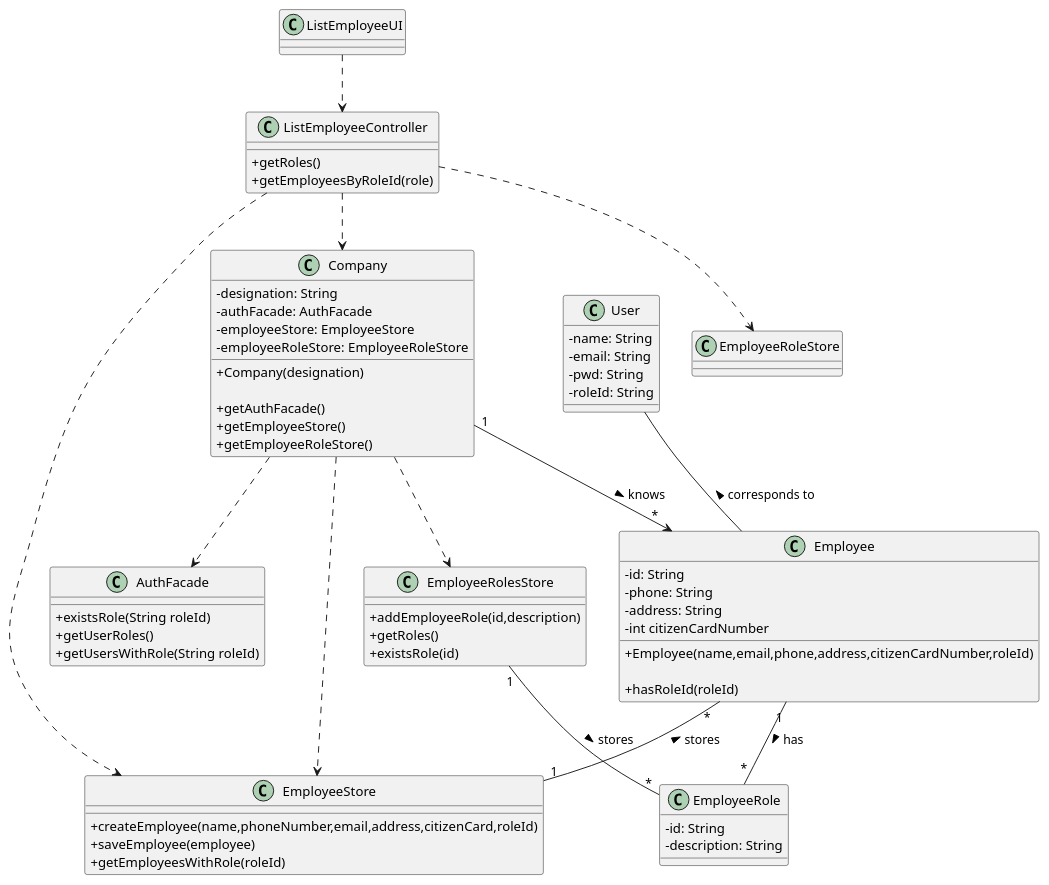
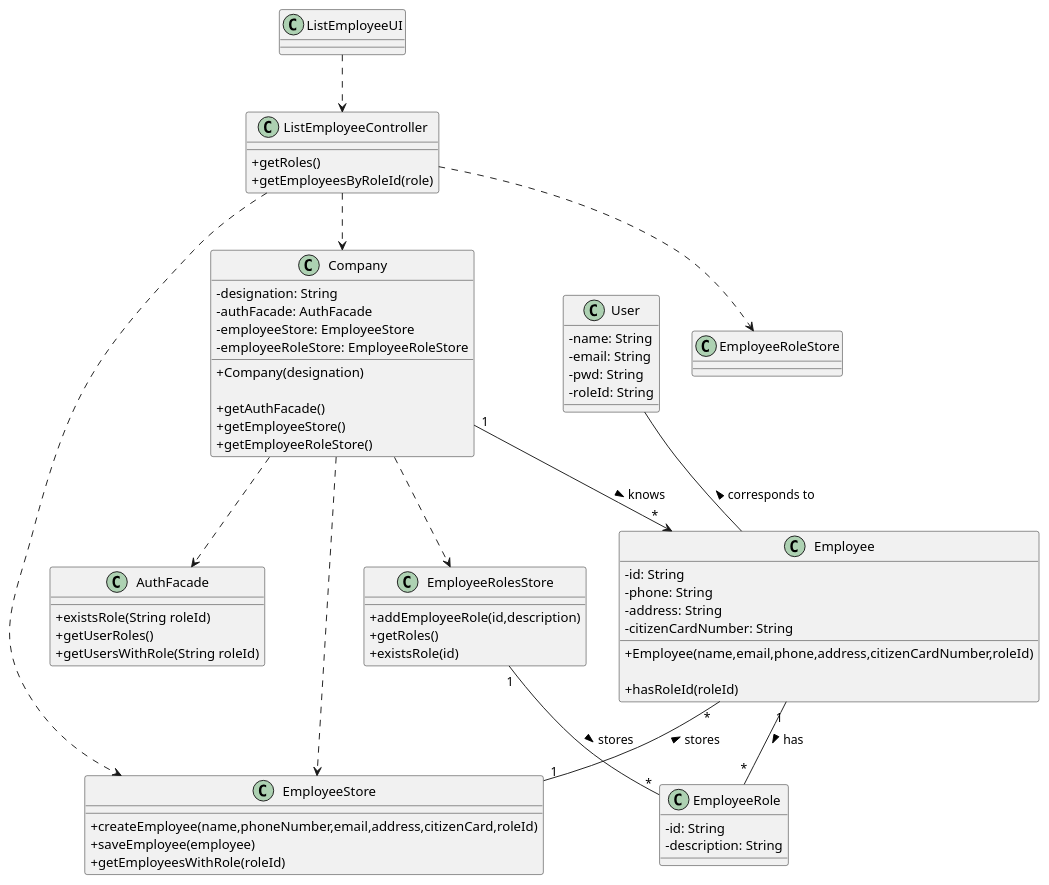
One commit to miseEnPlace-i/lapr2 changed the diagram in docs/SprintB/US11/CD/US11_CD.puml. Above: the diagram before and after it, drawn with PlantUML. The commit also changed 1 other file, not shown here.

Commit message:
docs(US11): fixed citizen card type

```diff
--- a/docs/SprintB/US11/CD/US11_CD.puml
+++ b/docs/SprintB/US11/CD/US11_CD.puml
@@ -1,82 +1,82 @@
 @startuml
 skinparam classAttributeIconSize 0
 
 class User {
   -name: String
   -email: String
   -pwd: String
   -roleId: String
 }
 
 class Employee {
   -id: String
   -phone: String
   -address: String
-  -int citizenCardNumber
+  -citizenCardNumber: String
   
   +Employee(name,email,phone,address,citizenCardNumber,roleId)
 
   +hasRoleId(roleId)
 }
 
 class Company {
   -designation: String
   -authFacade: AuthFacade
   -employeeStore: EmployeeStore
   -employeeRoleStore: EmployeeRoleStore
   
   +Company(designation)
 
   +getAuthFacade()
   +getEmployeeStore()
   +getEmployeeRoleStore()
 }
 
 class AuthFacade {
   +existsRole(String roleId)
   +getUserRoles()
   +getUsersWithRole(String roleId)
 }
 
 class EmployeeStore {
   +createEmployee(name,phoneNumber,email,address,citizenCard,roleId)
   +saveEmployee(employee)
   +getEmployeesWithRole(roleId)
 }
 
 class ListEmployeeController {
   +getRoles()
   +getEmployeesByRoleId(role)
 }
 
 class EmployeeRole {
   -id: String
   -description: String
 }
 
 class ListEmployeeUI {}
 
 class EmployeeRolesStore {
   +addEmployeeRole(id,description)
   +getRoles()
   +existsRole(id)
 }
 
 ListEmployeeUI ..> ListEmployeeController
 ListEmployeeController ..> Company
 
 Company ..> AuthFacade
 Company ..> EmployeeStore
 Employee "*" -- "1" EmployeeStore : stores <
 Company "1" --> "*" Employee : knows >
 
 EmployeeRolesStore "1" -- "*" EmployeeRole : stores >
 Company ..> EmployeeRolesStore
 Employee "1" -- "*" EmployeeRole : has >
 
 ListEmployeeController ..> EmployeeStore
 ListEmployeeController ..> EmployeeRoleStore
 
 User -- Employee : corresponds to <
 
 @enduml
```
